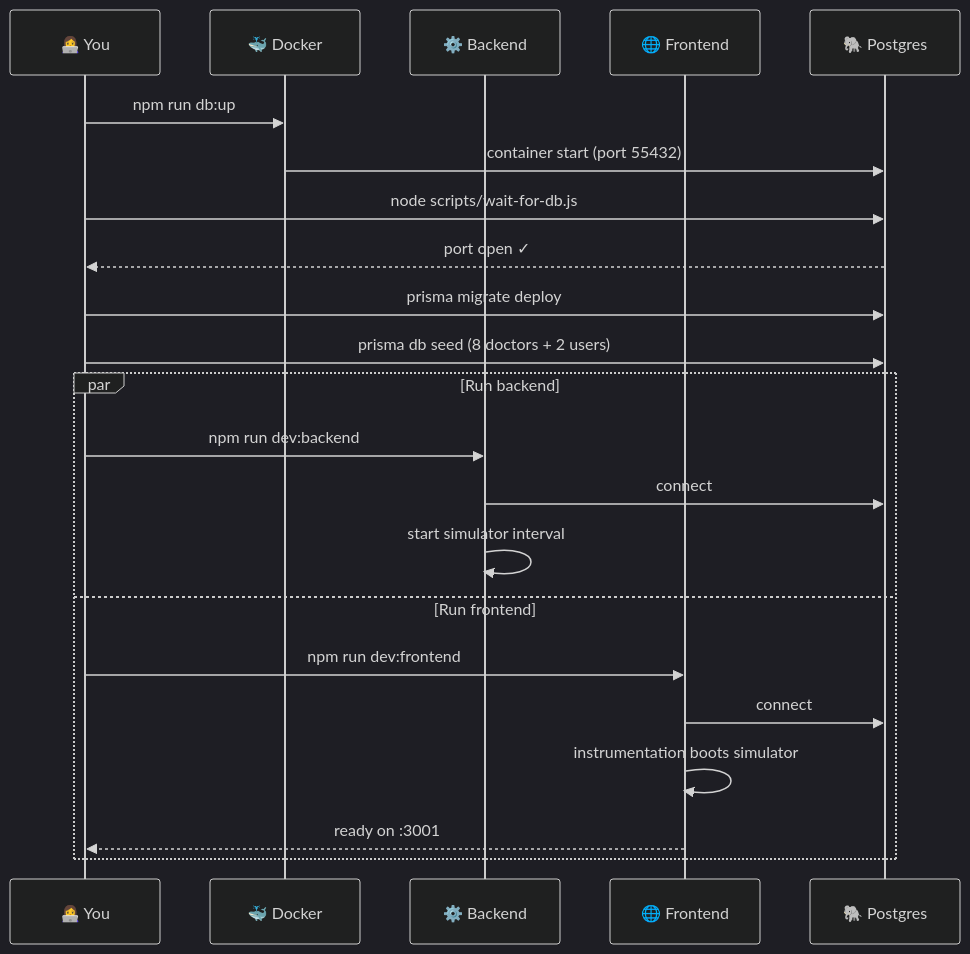
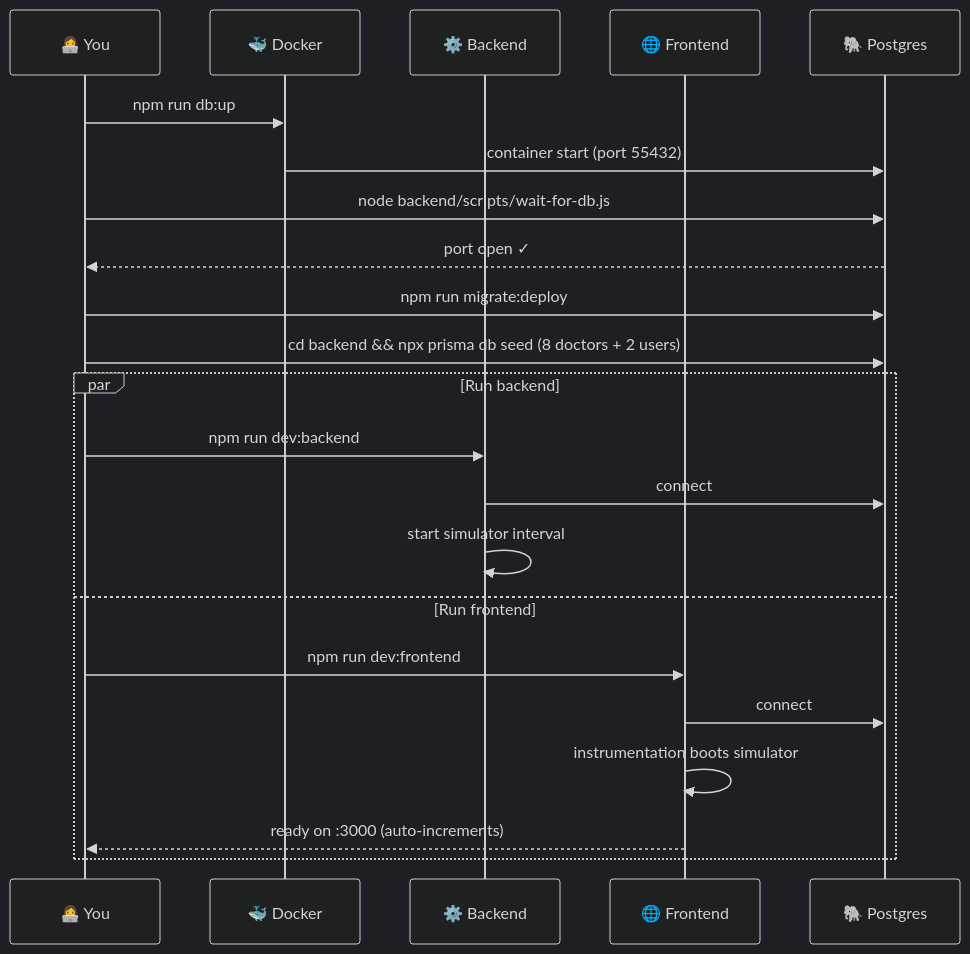
Before and after one commit to soumyachk101/DocContact: the tenth of 14 diagrams in README.md, drawn with Mermaid (dark theme). The commit also changed other lines of this file, not shown here.

````diff
--- a/README.md
+++ b/README.md
@@ -559,25 +609,25 @@
 ```mermaid
 sequenceDiagram
     participant Dev as 👩‍💻 You
     participant DC as 🐳 Docker
     participant BE as ⚙️ Backend
     participant FE as 🌐 Frontend
     participant PG as 🐘 Postgres
 
     Dev->>DC: npm run db:up
     DC->>PG: container start (port 55432)
-    Dev->>PG: node scripts/wait-for-db.js
+    Dev->>PG: node backend/scripts/wait-for-db.js
     PG-->>Dev: port open ✓
-    Dev->>PG: prisma migrate deploy
-    Dev->>PG: prisma db seed (8 doctors + 2 users)
+    Dev->>PG: npm run migrate:deploy
+    Dev->>PG: cd backend && npx prisma db seed (8 doctors + 2 users)
     par Run backend
         Dev->>BE: npm run dev:backend
         BE->>PG: connect
         BE->>BE: start simulator interval
     and Run frontend
         Dev->>FE: npm run dev:frontend
         FE->>PG: connect
         FE->>FE: instrumentation boots simulator
-        FE-->>Dev: ready on :3001
+        FE-->>Dev: ready on :3000 (auto-increments)
     end
 ```
````
